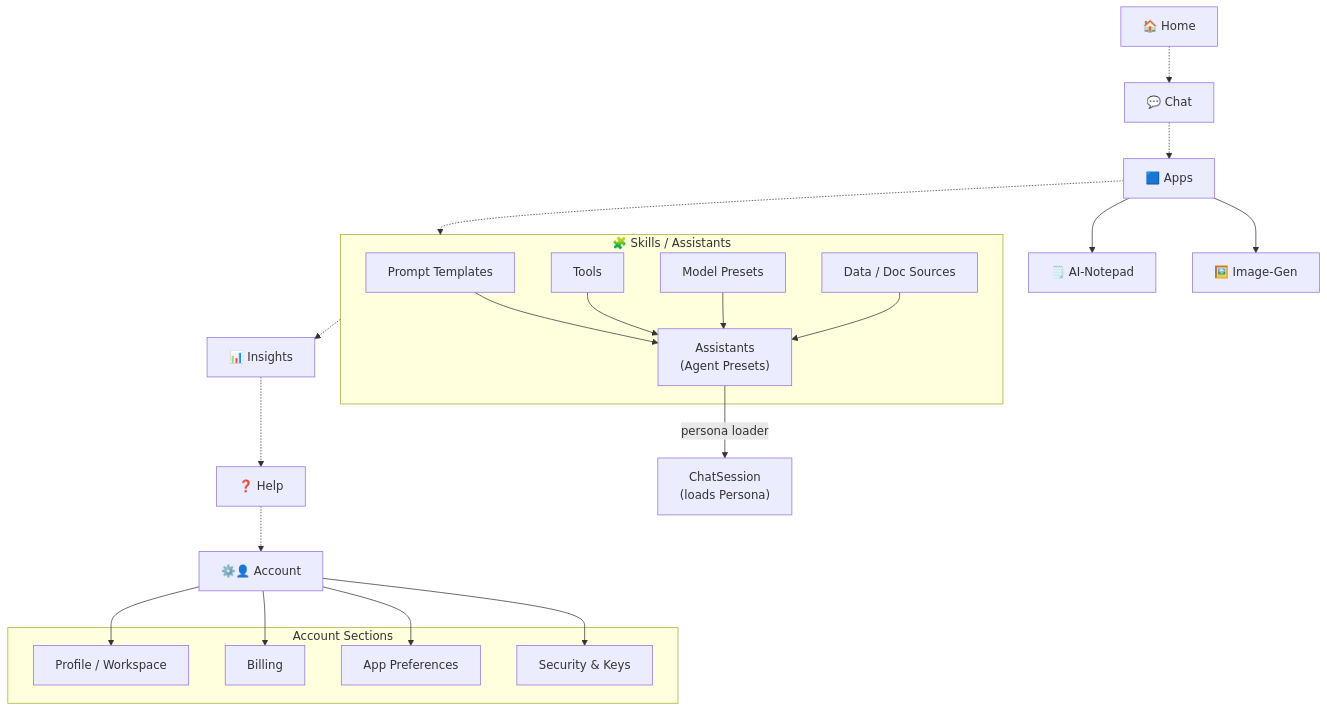
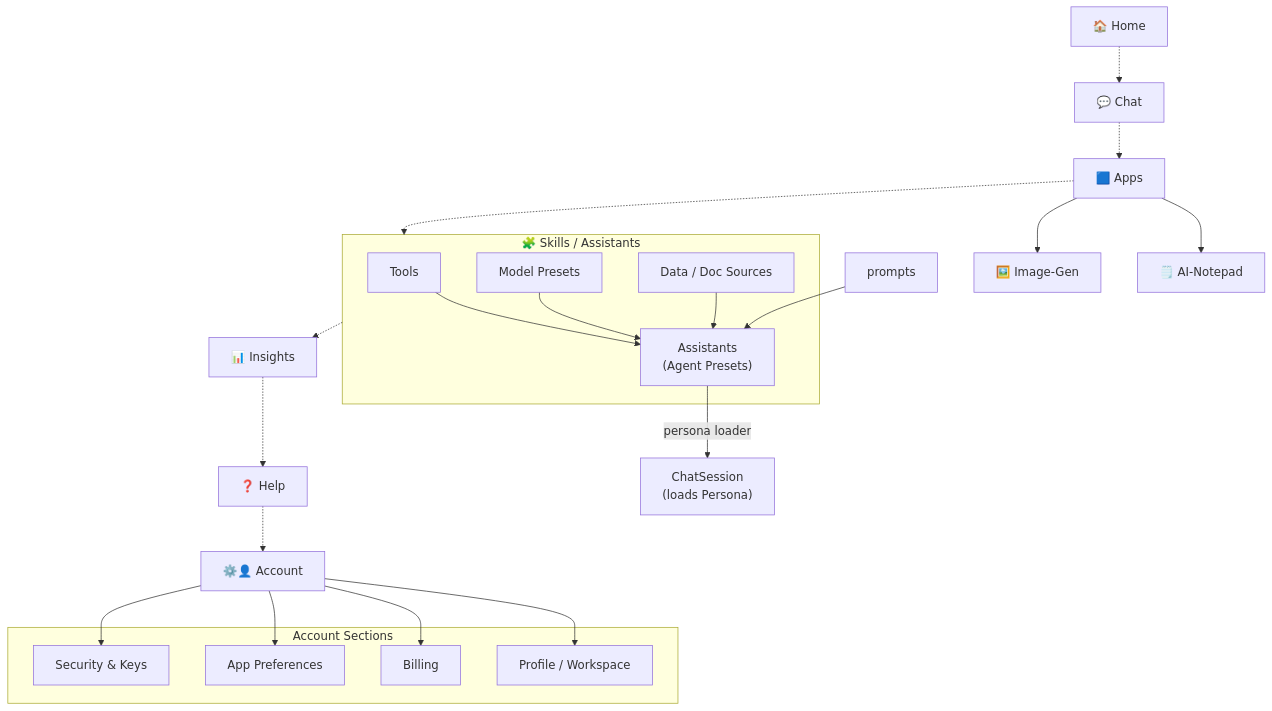
The diagram in devdocs/requirements/home_sidebar_ux.md (flexigpt/flexigpt-app), drawn with Mermaid before and after one commit. The commit also changed 33 other files, not shown here.

````diff
--- a/devdocs/requirements/home_sidebar_ux.md
+++ b/devdocs/requirements/home_sidebar_ux.md
@@ -39,70 +39,69 @@
 ```mermaid
 graph TD
 %% ───────────────────────────────
 %% 1. MAIN SIDEBAR NAVIGATION
 %% ───────────────────────────────
 home[🏠 Home]
 chat[💬 Chat]
 apps[🟦 Apps]
 insights[📊 Insights]
 help[❓ Help]
 account[⚙️👤 Account]
 
 %% sidebar order (dashed to show UI order, not data-flow)
 home -.-> chat
 chat -.-> apps
 apps -.-> skillsSection
 skillsSection -.-> insights
 insights -.-> help
 help -.-> account
 
 
 %% ───────────────────────────────
 %% 2. PINNED / MARKETPLACE APPS
 %% ───────────────────────────────
 aiNotepad["🗒️ AI-Notepad"]
 imageGen["🖼️ Image-Gen"]
 
 apps --> aiNotepad
 apps --> imageGen
 
 
 %% ───────────────────────────────
 %% 3. SKILLS / ASSISTANTS AREA
 %% ───────────────────────────────
 subgraph skillsSection["🧩 Skills / Assistants"]
-  prompts["Prompt Templates"]
   tools["Tools"]
   modelPresets["Model Presets"]
   dataSources["Data / Doc Sources"]
   assistants["Assistants<br/>(Agent Presets)"]
 end
 
 prompts --> assistants
 tools --> assistants
 modelPresets --> assistants
 dataSources --> assistants
 
 
 %% ───────────────────────────────
 %% 4. CHAT SESSION RELATION
 %% ───────────────────────────────
 chatSession["ChatSession<br/>(loads Persona)"]
 assistants -->|persona loader| chatSession
 
 
 %% ───────────────────────────────
 %% 5. ACCOUNT DRAWER
 %% ───────────────────────────────
 subgraph accountDetails["Account Sections"]
   profile["Profile / Workspace"]
   billing["Billing"]
   prefs["App Preferences"]
   security["Security & Keys"]
 end
 
 account --> profile
 account --> billing
 account --> prefs
 account --> security
 ```
````
